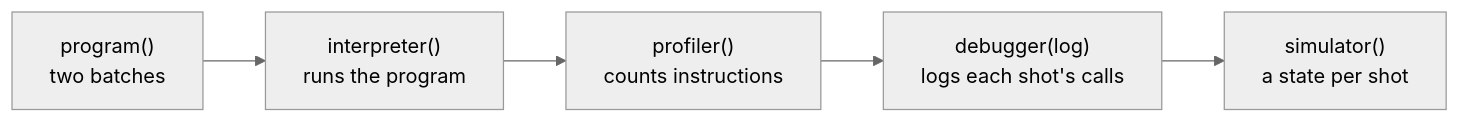
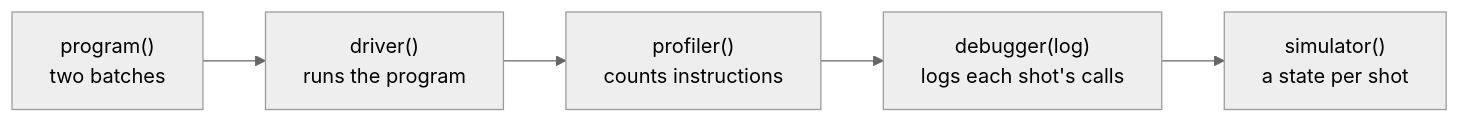
One commit to microsoft/qdk changed the first of 2 diagrams in source/executor_protocol/README.md. Above: the diagram before and after it, drawn with Mermaid (neutral theme). The commit also changed other lines of this file and 47 other files, not shown here.

````diff
--- a/source/executor_protocol/README.md
+++ b/source/executor_protocol/README.md
@@ -141,7 +142,7 @@
 ```mermaid
 flowchart LR
-  P["program()<br/>two batches"] --> I["interpreter()<br/>runs the program"]
+  P["program()<br/>two batches"] --> I["driver()<br/>runs the program"]
   I --> F["profiler()<br/>counts instructions"]
   F --> D["debugger(log)<br/>logs each shot's calls"]
   D --> S["simulator()<br/>a state per shot"]
 ```
````
